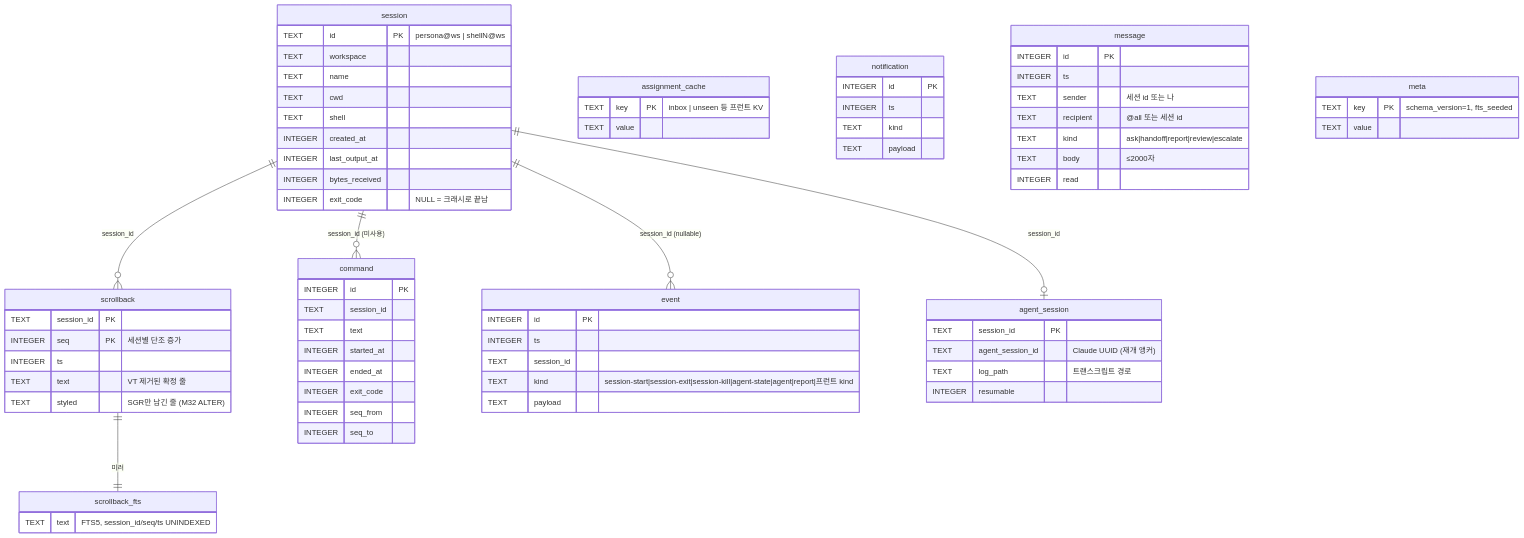
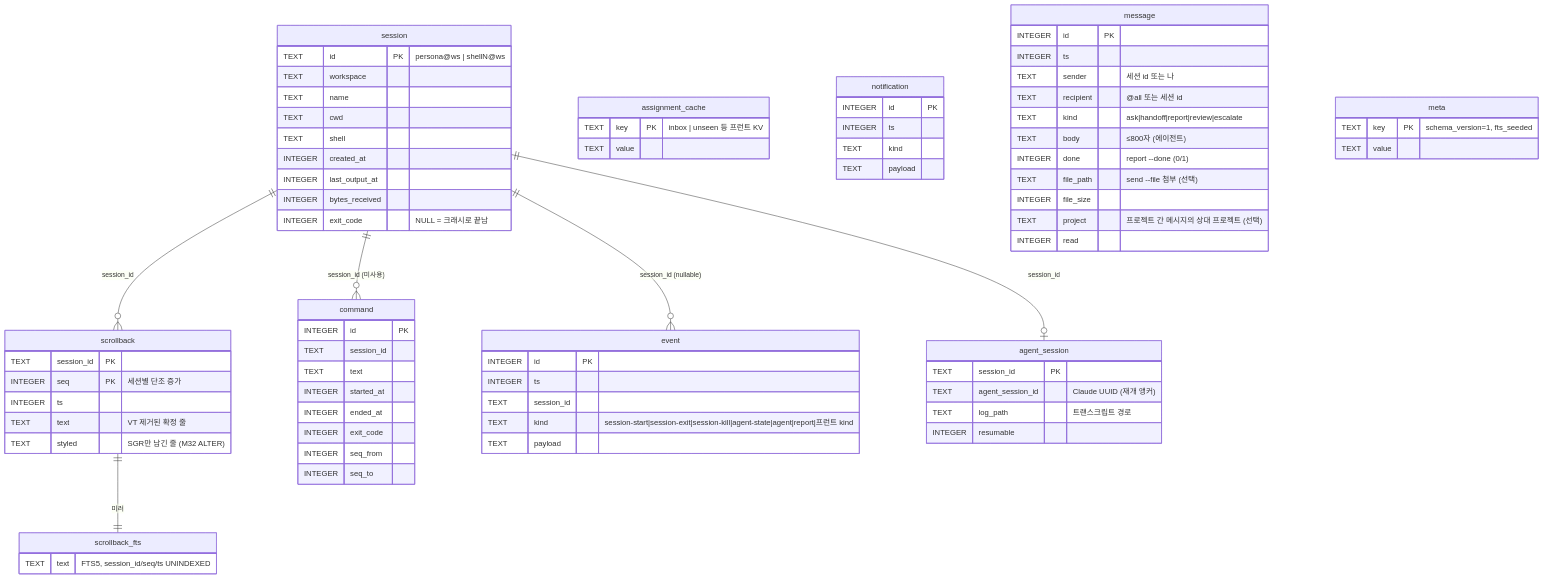
Diagram 22 of 22 in docs/technical-guide.md (ReDocu/EQMUX), drawn with Mermaid before and after one commit. The commit also changed other lines of this file and 137 other files, not shown here.

````diff
--- a/docs/technical-guide.md
+++ b/docs/technical-guide.md
@@ -1649,75 +1649,79 @@
 ```mermaid
 erDiagram
   session {
     TEXT id PK "persona@ws | shellN@ws"
     TEXT workspace
     TEXT name
     TEXT cwd
     TEXT shell
     INTEGER created_at
     INTEGER last_output_at
     INTEGER bytes_received
     INTEGER exit_code "NULL = 크래시로 끝남"
   }
   scrollback {
     TEXT session_id PK
     INTEGER seq PK "세션별 단조 증가"
     INTEGER ts
     TEXT text "VT 제거된 확정 줄"
     TEXT styled "SGR만 남긴 줄 (M32 ALTER)"
   }
   scrollback_fts {
     TEXT text "FTS5, session_id/seq/ts UNINDEXED"
   }
   command {
     INTEGER id PK
     TEXT session_id
     TEXT text
     INTEGER started_at
     INTEGER ended_at
     INTEGER exit_code
     INTEGER seq_from
     INTEGER seq_to
   }
   event {
     INTEGER id PK
     INTEGER ts
     TEXT session_id
     TEXT kind "session-start|session-exit|session-kill|agent-state|agent|report|프런트 kind"
     TEXT payload
   }
   agent_session {
     TEXT session_id PK
     TEXT agent_session_id "Claude UUID (재개 앵커)"
     TEXT log_path "트랜스크립트 경로"
     INTEGER resumable
   }
   assignment_cache {
     TEXT key PK "inbox | unseen 등 프런트 KV"
     TEXT value
   }
   notification {
     INTEGER id PK
     INTEGER ts
     TEXT kind
     TEXT payload
   }
   message {
     INTEGER id PK
     INTEGER ts
     TEXT sender "세션 id 또는 나"
     TEXT recipient "@all 또는 세션 id"
     TEXT kind "ask|handoff|report|review|escalate"
-    TEXT body "≤2000자"
+    TEXT body "≤800자 (에이전트)"
+    INTEGER done "report --done (0/1)"
+    TEXT file_path "send --file 첨부 (선택)"
+    INTEGER file_size
+    TEXT project "프로젝트 간 메시지의 상대 프로젝트 (선택)"
     INTEGER read
   }
   meta {
     TEXT key PK "schema_version=1, fts_seeded"
     TEXT value
   }
   session ||--o{ scrollback : "session_id"
   session ||--o| agent_session : "session_id"
   session ||--o{ event : "session_id (nullable)"
   session ||--o{ command : "session_id (미사용)"
   scrollback ||--|| scrollback_fts : "미러"
 ```
````
